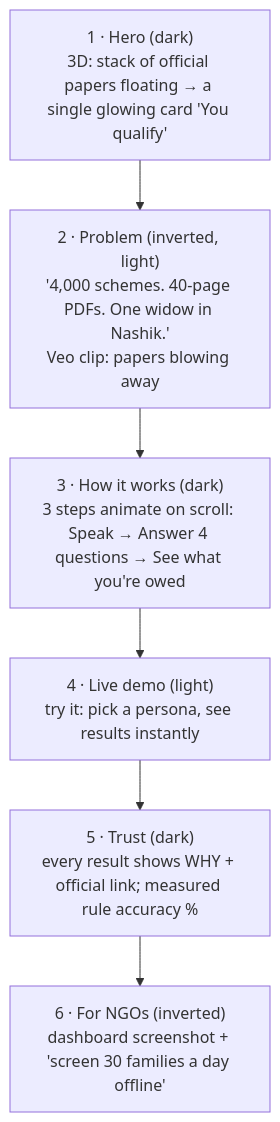
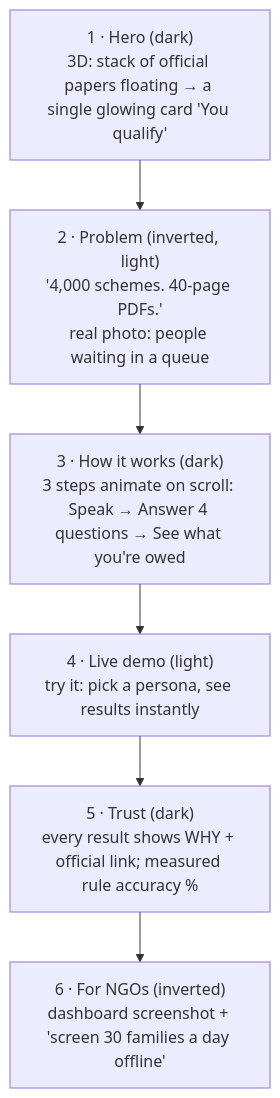
Before and after one commit to Zakuroooo/SchemeMatch: the first of 3 diagrams in docs/DESIGN.md, drawn with Mermaid. The commit also changed other lines of this file, not shown here.

Commit message:
docs(design): switch to real licensed photos, AI only for non-person scenes

````diff
--- a/docs/DESIGN.md
+++ b/docs/DESIGN.md
@@ -20,9 +20,9 @@
 ```mermaid
 flowchart TD
     S1["1 · Hero (dark)<br/>3D: stack of official papers floating → a single glowing card 'You qualify'"] --> S2
-    S2["2 · Problem (inverted, light)<br/>'4,000 schemes. 40-page PDFs. One widow in Nashik.'<br/>Veo clip: papers blowing away"] --> S3
+    S2["2 · Problem (inverted, light)<br/>'4,000 schemes. 40-page PDFs.'<br/>real photo: people waiting in a queue"] --> S3
     S3["3 · How it works (dark)<br/>3 steps animate on scroll: Speak → Answer 4 questions → See what you're owed"] --> S4
     S4["4 · Live demo (light)<br/>try it: pick a persona, see results instantly"] --> S5
     S5["5 · Trust (dark)<br/>every result shows WHY + official link; measured rule accuracy %"] --> S6
     S6["6 · For NGOs (inverted)<br/>dashboard screenshot + 'screen 30 families a day offline'"]
 ```
````
